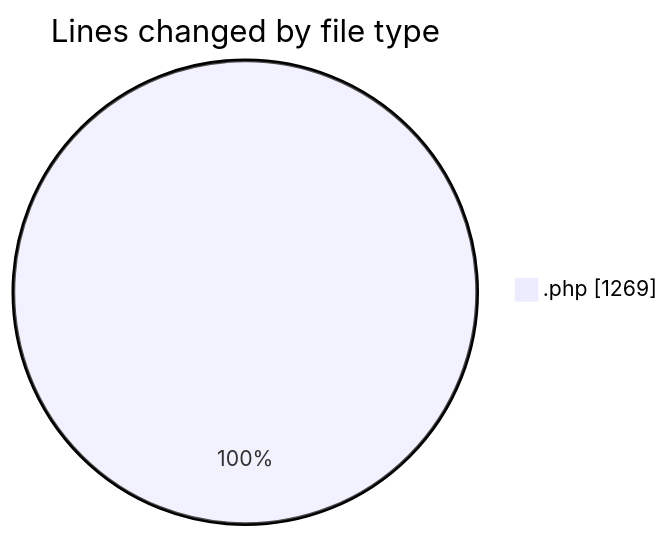
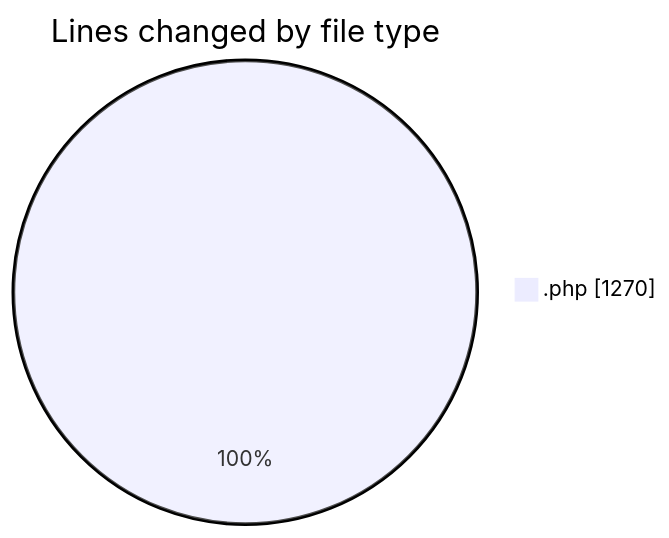
One commit to LanceThiago/code-tracking changed the first of 2 diagrams in 2025-10-03/totem2/README.md. Above: the diagram before and after it, drawn with Mermaid. The commit also changed other lines of this file and 1 other file, not shown here.

````diff
--- a/2025-10-03/totem2/README.md
+++ b/2025-10-03/totem2/README.md
@@ -22,5 +22,5 @@
 ```mermaid
 pie showData
 title Lines changed by file type
-".php" : 1269
+".php" : 1270
 ```
````
